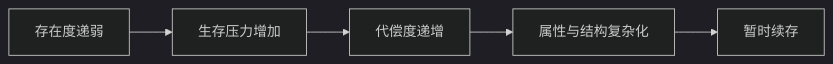
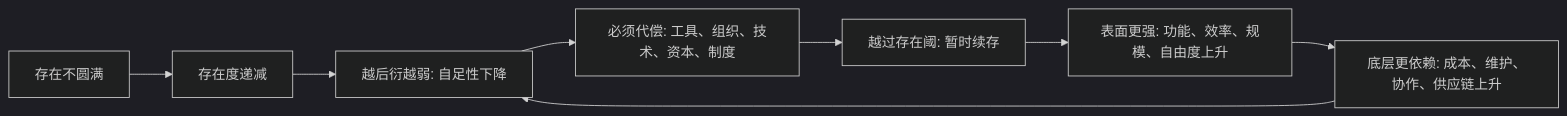
Before and after one commit to digoal/blog: the diagram in 202605/20260518_49.md, drawn with Mermaid (dark theme). The commit also changed other lines of this file and 16 other files, not shown here.

````diff
--- a/202605/20260518_49.md
+++ b/202605/20260518_49.md
@@ -22,7 +22,10 @@
 ```mermaid
 flowchart LR
-  A["存在度递弱"] --> B["生存压力增加"]
-  B --> C["代偿度递增"]
-  C --> D["属性与结构复杂化"]
-  D --> E["暂时续存"]
+  A["存在不圆满"] --> B["存在度递减"]
+  B --> C["越后衍越弱: 自足性下降"]
+  C --> D["必须代偿: 工具、组织、技术、资本、制度"]
+  D --> E["越过存在阈: 暂时续存"]
+  E --> F["表面更强: 功能、效率、规模、自由度上升"]
+  F --> G["底层更依赖: 成本、维护、协作、供应链上升"]
+  G --> C
 ```
````
